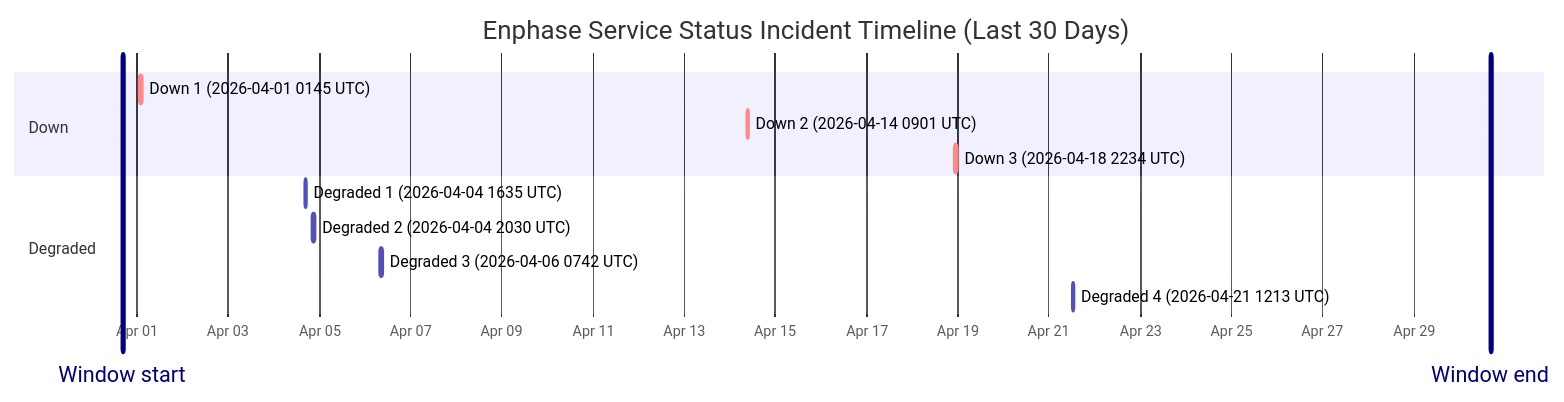
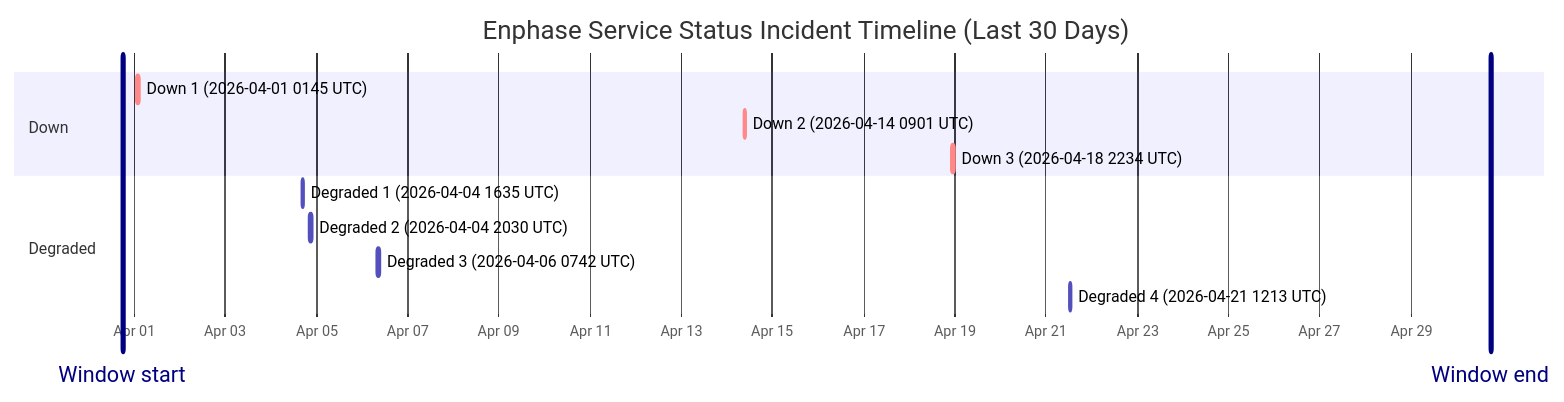
Before and after one commit to barneyonline/ha-enphase-ev-charger: the diagram in wiki/Service-Status-History.md, drawn with Mermaid. The commit also changed other lines of this file and 3 other files, not shown here.

````diff
--- a/wiki/Service-Status-History.md
+++ b/wiki/Service-Status-History.md
@@ -14,17 +14,17 @@
 ```mermaid
 gantt
     title Enphase Service Status Incident Timeline (Last 30 Days)
     dateFormat  YYYY-MM-DDTHH:mm:ss
     axisFormat  %b %d
-    Window start :vert, window-start, 2026-03-31T16:18:14, 0ms
-    Window end :vert, window-end, 2026-04-30T16:18:14, 0ms
+    Window start :vert, window-start, 2026-03-31T17:49:52, 0ms
+    Window end :vert, window-end, 2026-04-30T17:49:52, 0ms
     section Down
     Down 1 (2026-04-01 0145 UTC) :crit, down-1, 2026-04-01T01:45:09, 60m
     Down 2 (2026-04-14 0901 UTC) :crit, down-2, 2026-04-14T09:01:13, 60m
     Down 3 (2026-04-18 2234 UTC) :crit, down-3, 2026-04-18T22:34:13, 60m
     section Degraded
     Degraded 1 (2026-04-04 1635 UTC) :active, degraded-1, 2026-04-04T16:35:17, 60m
     Degraded 2 (2026-04-04 2030 UTC) :active, degraded-2, 2026-04-04T20:30:40, 60m
     Degraded 3 (2026-04-06 0742 UTC) :active, degraded-3, 2026-04-06T07:42:09, 85m
     Degraded 4 (2026-04-21 1213 UTC) :active, degraded-4, 2026-04-21T12:13:11, 60m
 ```
````
